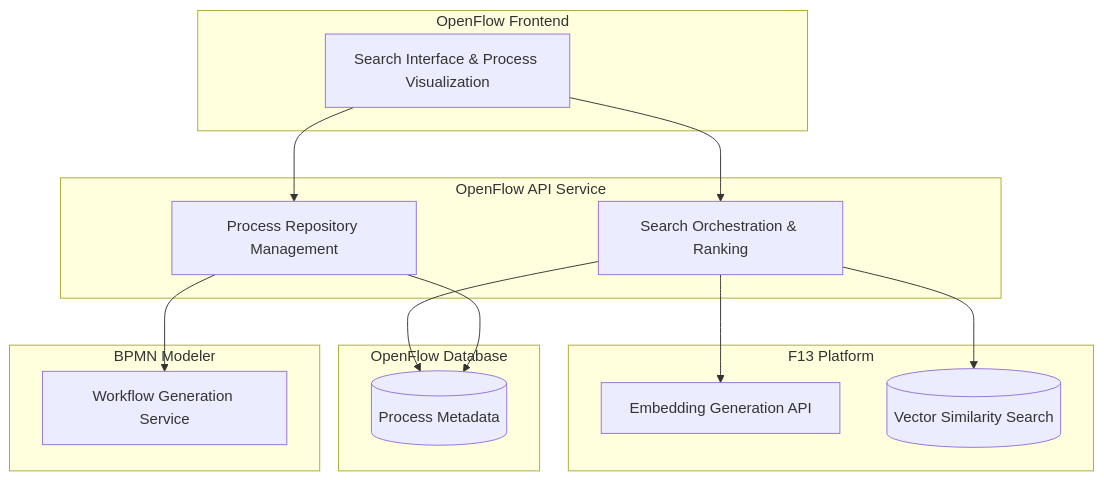
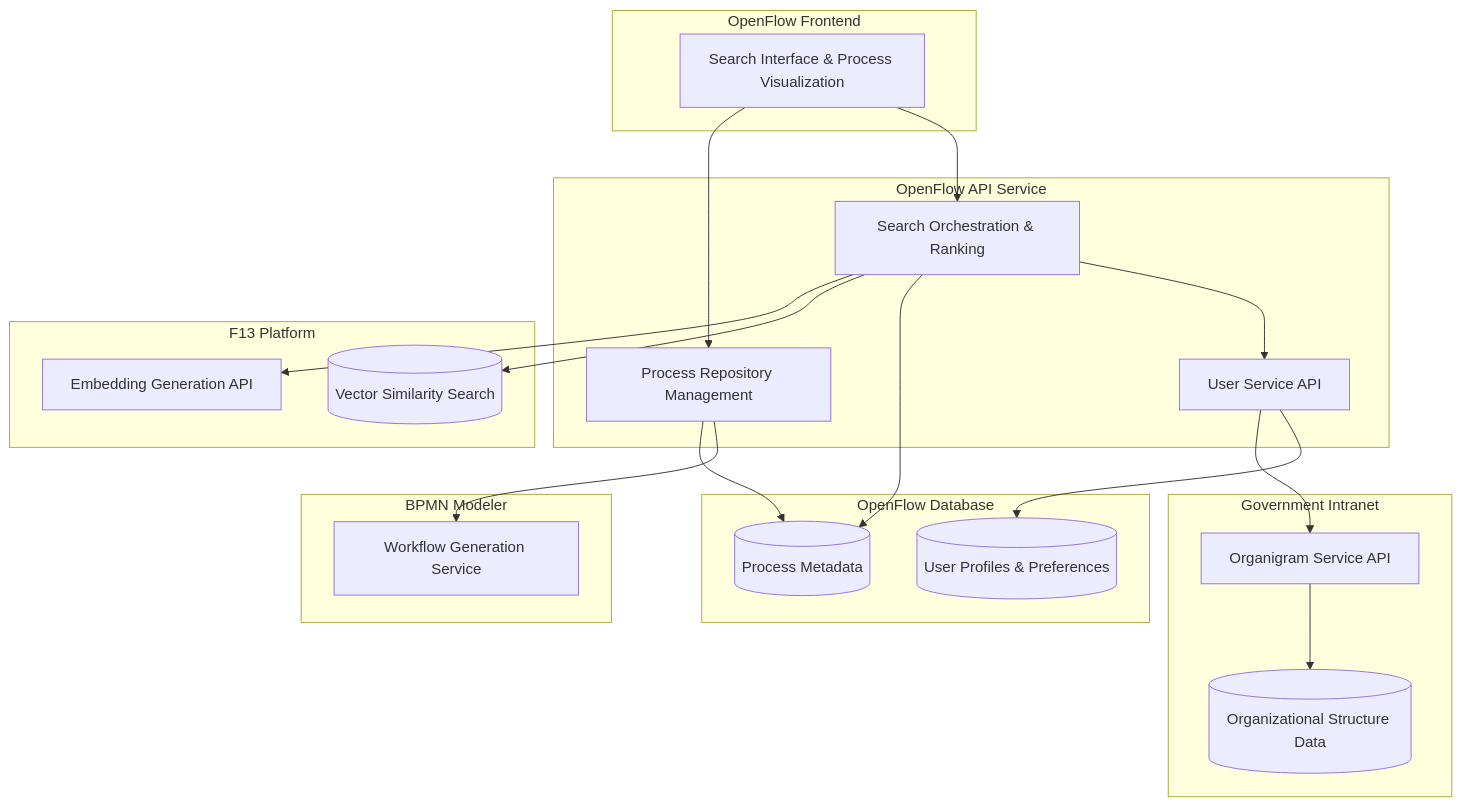
Before and after one commit to vensas/govtech-hackathon-2025-openflow: the third of 4 diagrams in README.md, drawn with Mermaid. The commit also changed other lines of this file and 2 other files, not shown here.

Commit message:
feat: Add demo flow gif and intranet integration

````diff
--- a/README.md
+++ b/README.md
@@ -84,27 +98,37 @@
 ```mermaid
 flowchart
    subgraph OpenFlow Frontend
       A[Search Interface & Process Visualization]
    end
    subgraph OpenFlow API Service
         B[Process Repository Management]
         C[Search Orchestration & Ranking]
+        D[User Service API]
    end
    subgraph OpenFlow Database
         F[(Process Metadata)]
+        G[(User Profiles & Preferences)]
    end
    subgraph F13 Platform
       J[Embedding Generation API]
       K[(Vector Similarity Search)]
    end
    subgraph BPMN Modeler
       L[Workflow Generation Service]
    end
+   subgraph Government Intranet
+      M[Organigram Service API]
+      N[(Organizational Structure Data)]
+   end
       A --> B
       A --> C
       B --> F
       C --> J
       C --> K
       C --> F
       B --> L
+      D --> M
+      M --> N
+      C --> D
+      D --> G
 ```
````
